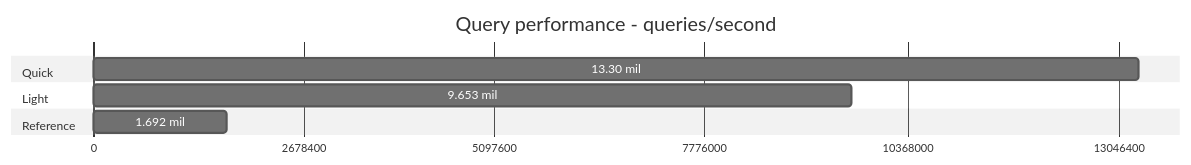
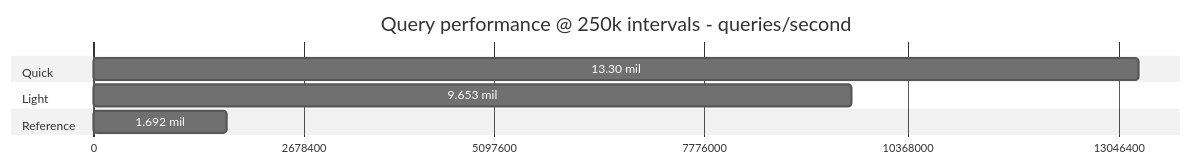
Before and after one commit to jamarino/IntervalTree: the first of 3 diagrams in README.md, drawn with Mermaid (neutral theme). The commit also changed other lines of this file, not shown here.

````diff
--- a/README.md
+++ b/README.md
@@ -32,13 +34,13 @@
 ```mermaid
 gantt
-    title Query performance - queries/second
+    title Query performance @ 250k intervals - queries/second
     dateFormat X
     axisFormat %s
 
     section Quick
     13.30 mil : 0, 13304949
     section Light
     9.653 mil : 0, 9653441
     section Reference
     1.692 mil : 0, 1692734
 ```
````
